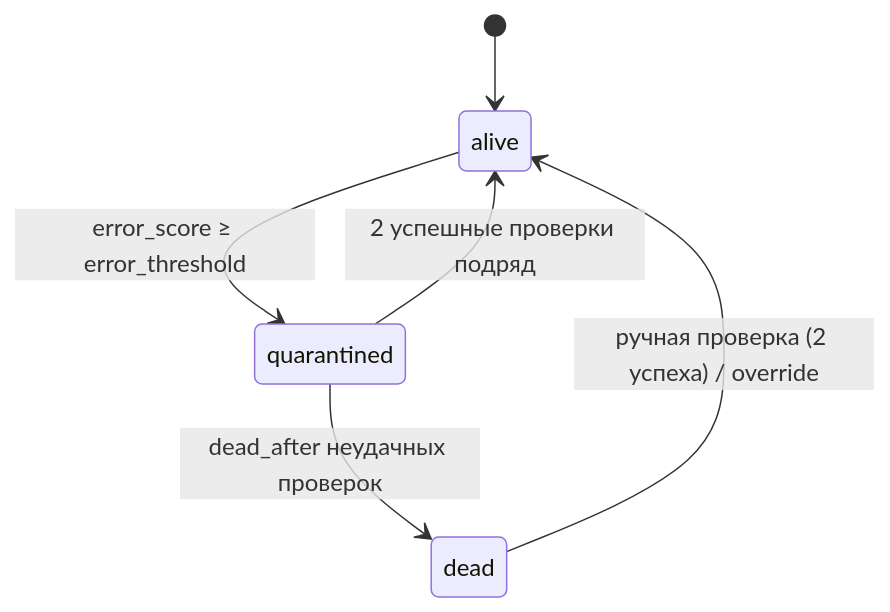
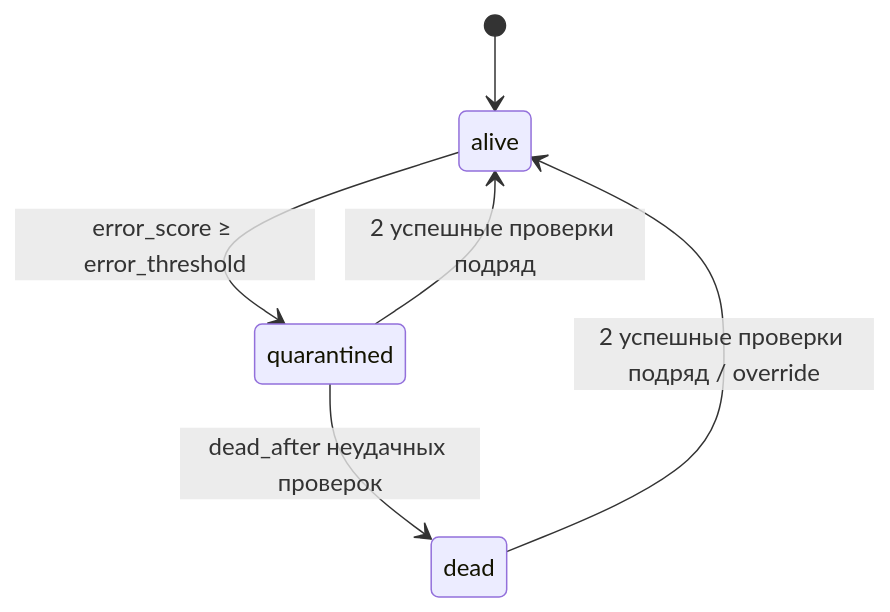
Before and after one commit to 0cherednoq/identity-hub: the second of 2 diagrams in docs/guide/09-proxies.md, drawn with Mermaid. The commit also changed other lines of this file and 16 other files, not shown here.

````diff
--- a/docs/guide/09-proxies.md
+++ b/docs/guide/09-proxies.md
@@ -83,8 +83,8 @@
 ```mermaid
 stateDiagram-v2
     [*] --> alive
     alive --> quarantined : error_score ≥ error_threshold
     quarantined --> alive : 2 успешные проверки подряд
     quarantined --> dead : dead_after неудачных проверок
-    dead --> alive : ручная проверка (2 успеха) / override
+    dead --> alive : 2 успешные проверки подряд / override
 ```
````
